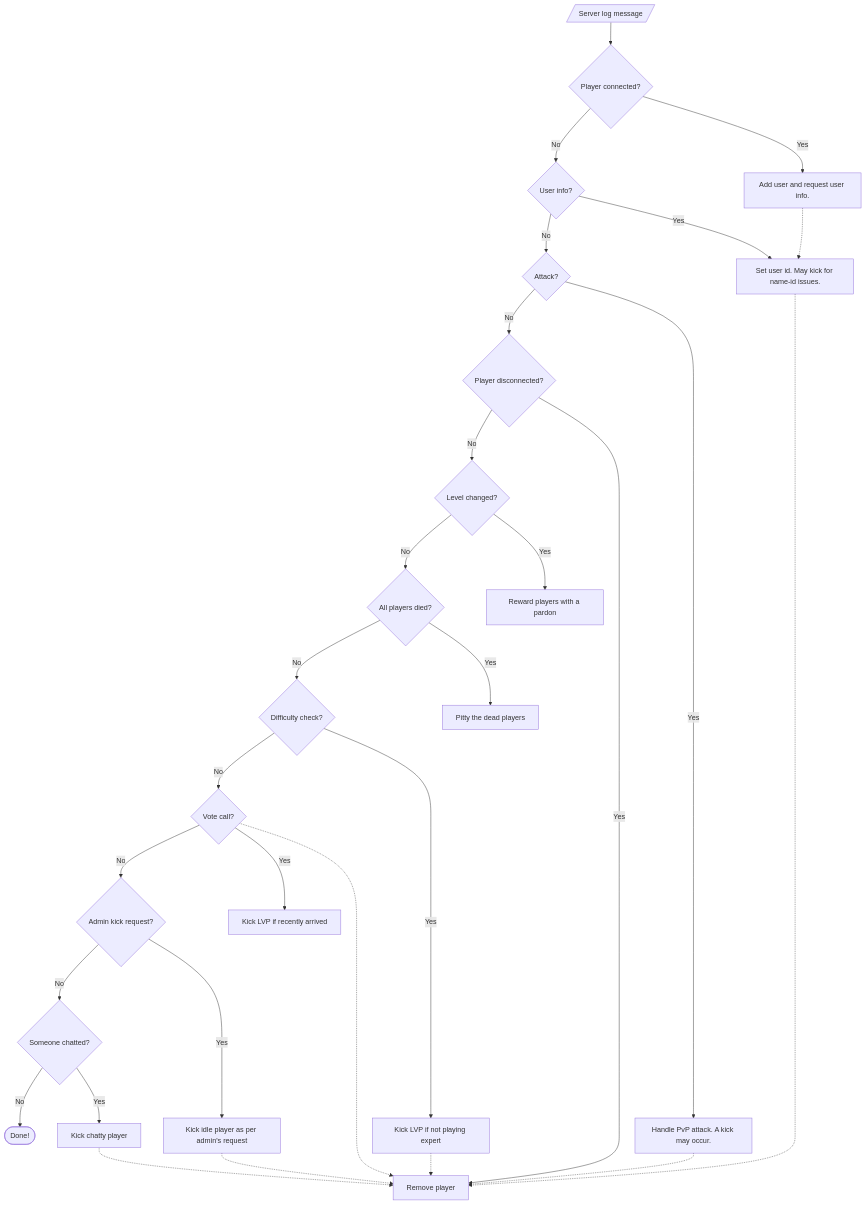
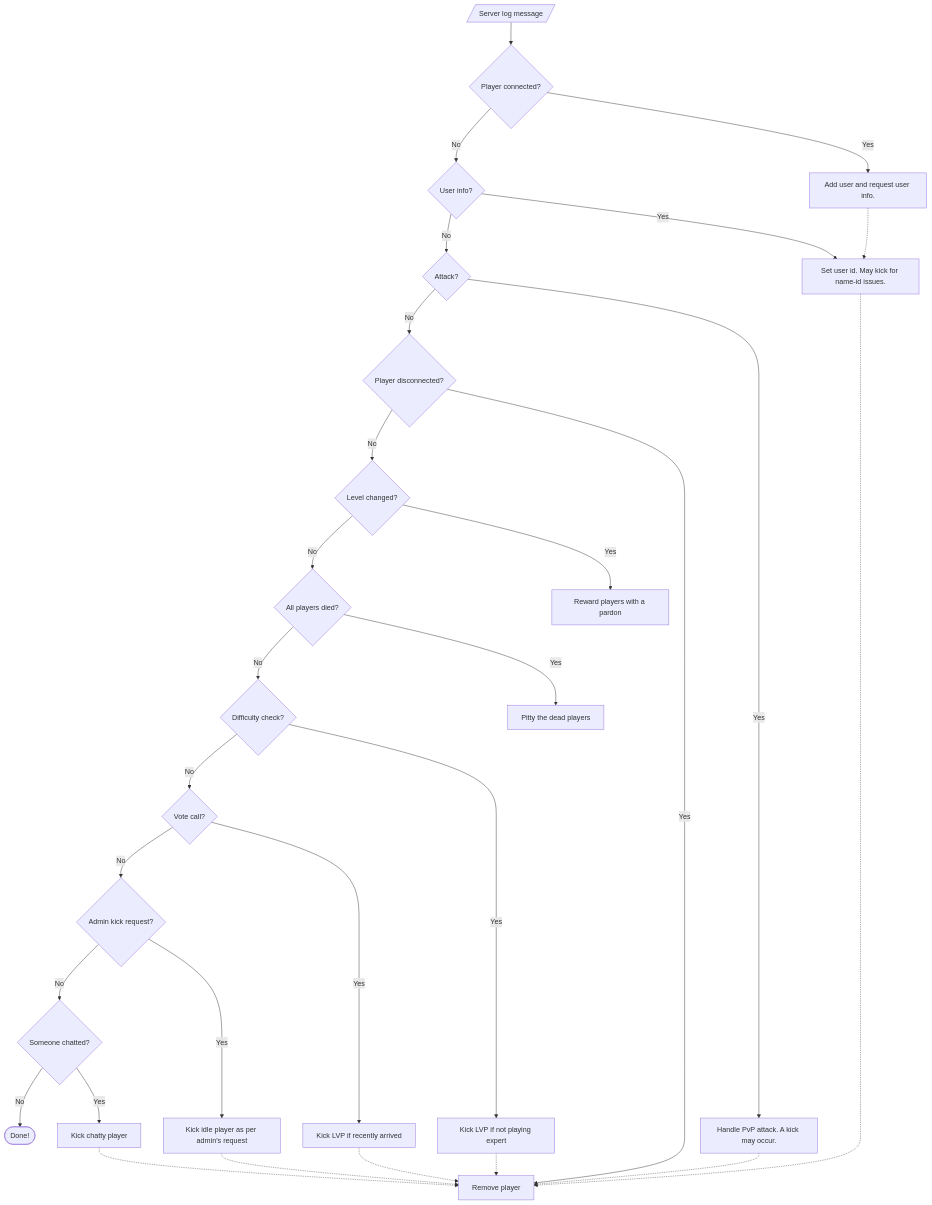
Before and after one commit to carlosjhr64/l4d2-observer: the diagram in README.md, drawn with Mermaid.

Commit message:
mermaid - dotted

````diff
--- a/README.md
+++ b/README.md
@@ -32,31 +32,31 @@
 ```mermaid
 flowchart TD;
   LogMsg[/Server log message/] --> Connected{Player connected?};
   Connected -->|No| UserInfo{User info?};
   Connected -->|Yes| ProcessConnected[Add user and request user info.];
   UserInfo -->|No| Attack{Attack?};
   UserInfo -->|Yes| ProcessUserInfo[Set user id. May kick for name-id issues.];
   ProcessConnected -.-> ProcessUserInfo;
   Attack -->|No| Dropped{Player disconnected?};
   Attack -->|Yes| ProcessAttack[Handle PvP attack. A kick may occur.]
   Dropped -->|No| ChangeLevel{Level changed?}
   Dropped -->|Yes| ProcessDropped[Remove player]
   ProcessUserInfo -.-> ProcessDropped
   ProcessAttack -.-> ProcessDropped
   ChangeLevel -->|No| InitDirectorScript{All players died?}
   ChangeLevel -->|Yes| ProcessChangeLevel[Reward players with a pardon]
   InitDirectorScript -->|No| DifficultyCheck{Difficulty check?}
   InitDirectorScript -->|Yes| ProcessInitDirectorScript[Pitty the dead players]
   DifficultyCheck -->|No| PotentialVote{Vote call?}
   DifficultyCheck -->|Yes| ProcessDifficultyCheck[Kick LVP if not playing expert] 
   ProcessDifficultyCheck -.-> ProcessDropped
   PotentialVote --> |No| IdleKick{Admin kick request?}
   PotentialVote --> |Yes| ProcessPotentialVote[Kick LVP if recently arrived]
-  PotentialVote -.-> ProcessDropped
+  ProcessPotentialVote -.-> ProcessDropped
   IdleKick --> |No| Chat{Someone chatted?}
   IdleKick --> |Yes| ProcessIdleKick[Kick idle player as per admin's request]
   ProcessIdleKick -.-> ProcessDropped
   Chat --> |No| Stop([Done!])
   Chat --> |Yes| ProcessChat[Kick chatty player]
   ProcessChat -.-> ProcessDropped
 ```
````
